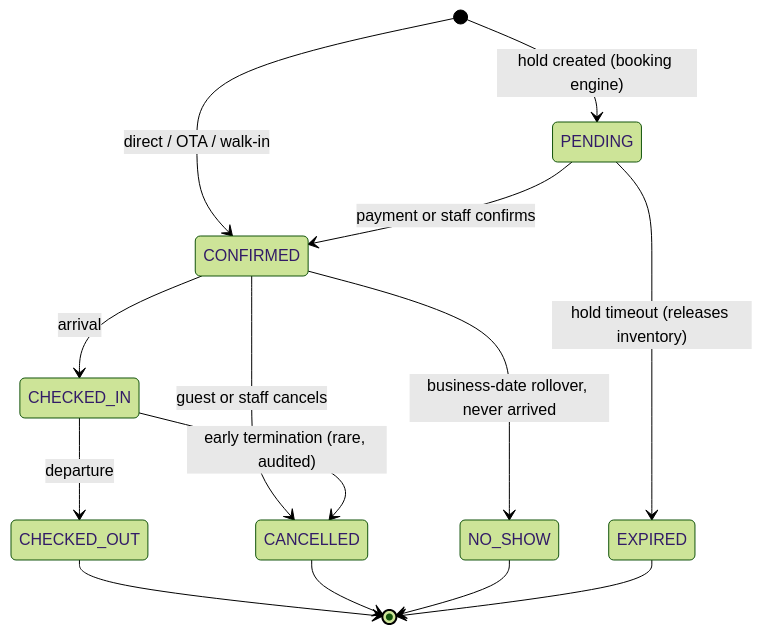
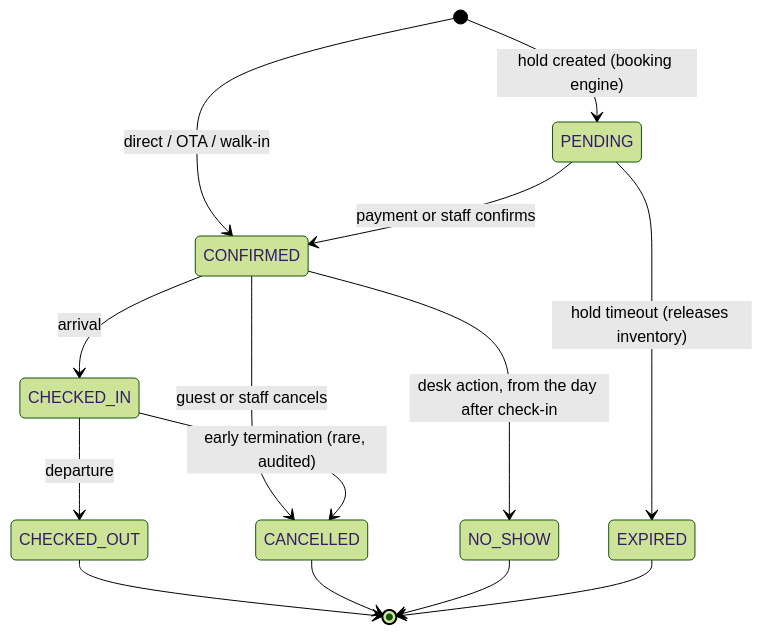
The second of 2 diagrams in docs/domain-model.md (Chakiss/DeeHub), drawn with Mermaid (forest theme) before and after one commit. The commit also changed other lines of this file and 34 other files, not shown here.

First line of the commit message:
feat: no-show at the desk, and released nights are recorded rather than inferred

````diff
--- a/docs/domain-model.md
+++ b/docs/domain-model.md
@@ -238,16 +238,16 @@
 ```mermaid
 stateDiagram-v2
   [*] --> PENDING: hold created (booking engine)
   [*] --> CONFIRMED: direct / OTA / walk-in
   PENDING --> CONFIRMED: payment or staff confirms
   PENDING --> EXPIRED: hold timeout (releases inventory)
   CONFIRMED --> CHECKED_IN: arrival
   CONFIRMED --> CANCELLED: guest or staff cancels
-  CONFIRMED --> NO_SHOW: business-date rollover, never arrived
+  CONFIRMED --> NO_SHOW: desk action, from the day after check-in
   CHECKED_IN --> CHECKED_OUT: departure
   CHECKED_IN --> CANCELLED: early termination (rare, audited)
   CHECKED_OUT --> [*]
   CANCELLED --> [*]
   NO_SHOW --> [*]
   EXPIRED --> [*]
 ```
````
